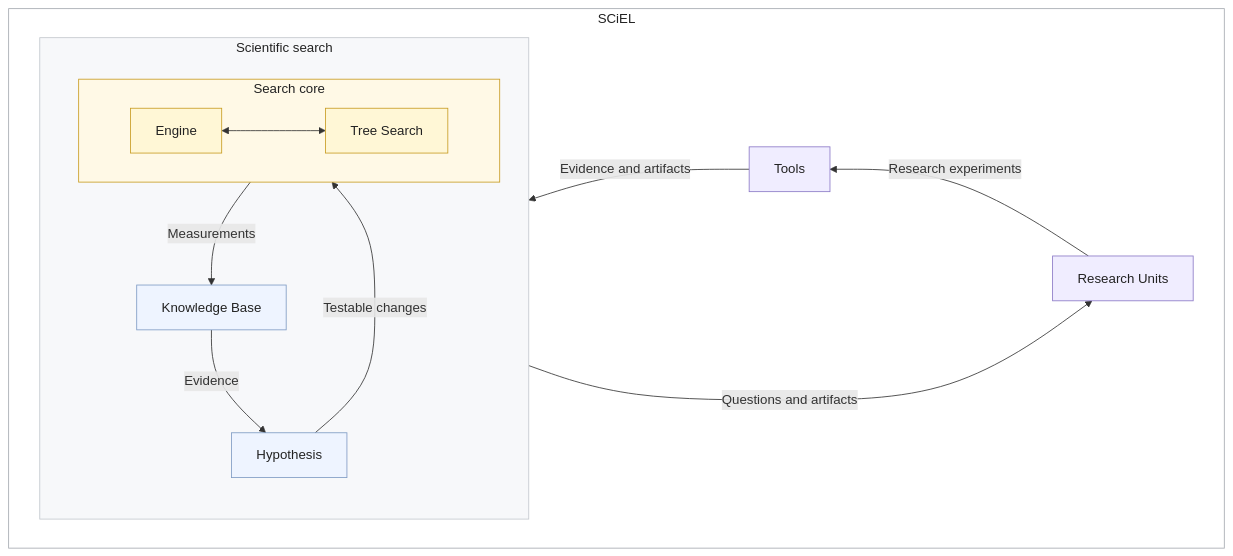
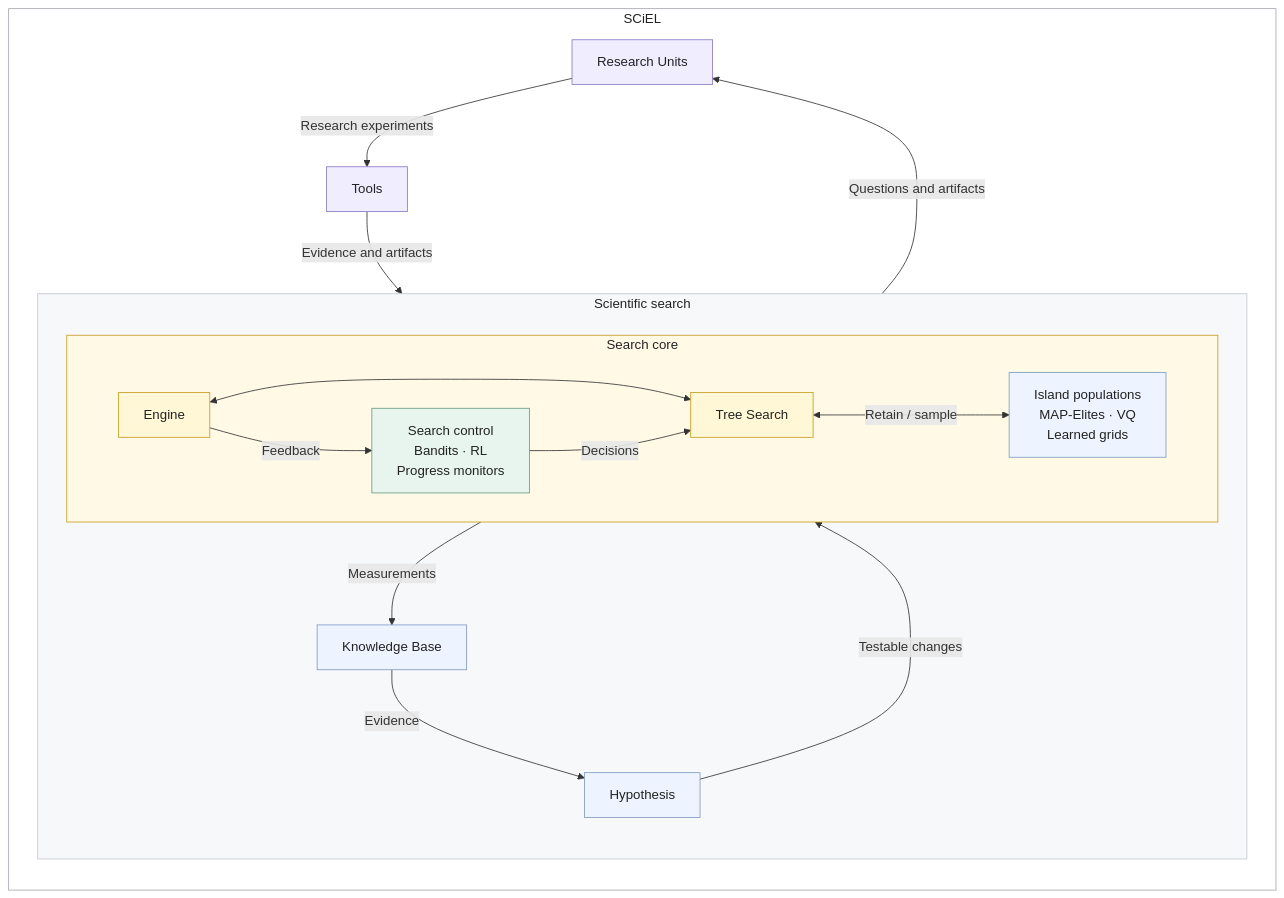
The first of 2 diagrams in README.md (Doldrums/sciel), drawn with Mermaid before and after one commit. The commit also changed other lines of this file, not shown here.

Commit message:
docs: map bandits and RL into search architecture [skip ci]

````diff
--- a/README.md
+++ b/README.md
@@ -33,35 +33,42 @@
 ```mermaid
-flowchart RL
+flowchart TB
     subgraph SCIEL["SCiEL"]
-        direction RL
+        direction TB
         subgraph CORE["Scientific search"]
             direction TB
             subgraph SEARCH["Search core"]
                 direction LR
                 ENGINE["Engine"]
                 TREE["Tree Search"]
                 ENGINE <--> TREE
+                CONTROL["Search control<br/>Bandits · RL<br/>Progress monitors"]
+                STORE["Island populations<br/>MAP-Elites · VQ<br/>Learned grids"]
+                CONTROL -->|"Decisions"| TREE
+                TREE <-->|"Retain / sample"| STORE
+                ENGINE -->|"Feedback"| CONTROL
             end
             KB["Knowledge Base"]
             HYP["Hypothesis"]
             KB -->|"Evidence"| HYP
             HYP -->|"Testable changes"| SEARCH
             SEARCH -->|"Measurements"| KB
         end
         UNITS["Research Units"]
         TOOLS["Tools"]
         CORE -->|"Questions and artifacts"| UNITS
         UNITS -->|"Research experiments"| TOOLS
         TOOLS -->|"Evidence and artifacts"| CORE
     end
 
     style SCIEL fill:#ffffff,stroke:#a5a9b0,color:#222;
     style CORE fill:#f7f8fa,stroke:#c3c7cd,color:#222;
     style SEARCH fill:#fff9e6,stroke:#c89c22,color:#222;
     classDef search fill:#fff7d6,stroke:#c89c22,color:#222;
     classDef memory fill:#eef4ff,stroke:#7f9bc4,color:#222;
     classDef research fill:#f0edff,stroke:#8b79c6,color:#222;
+    classDef control fill:#e7f5ee,stroke:#6a9b81,color:#222;
     class ENGINE,TREE search;
-    class KB,HYP memory;
+    class CONTROL control;
+    class KB,HYP,STORE memory;
     class UNITS,TOOLS research;
 ```
````
